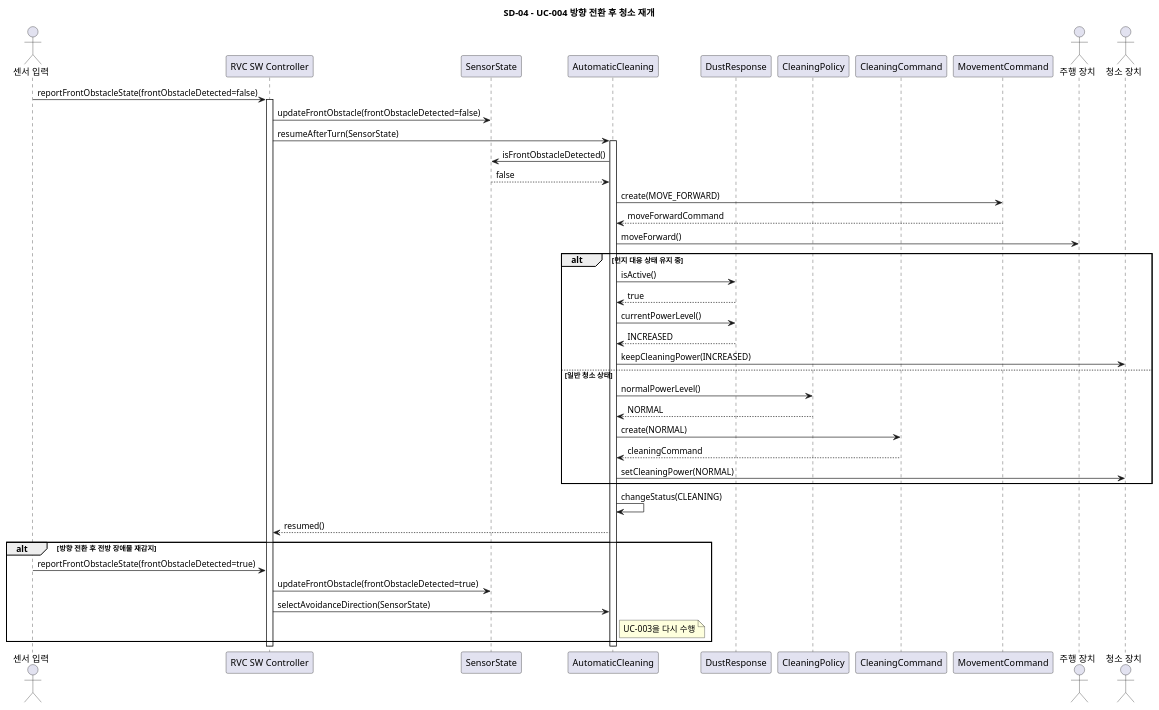
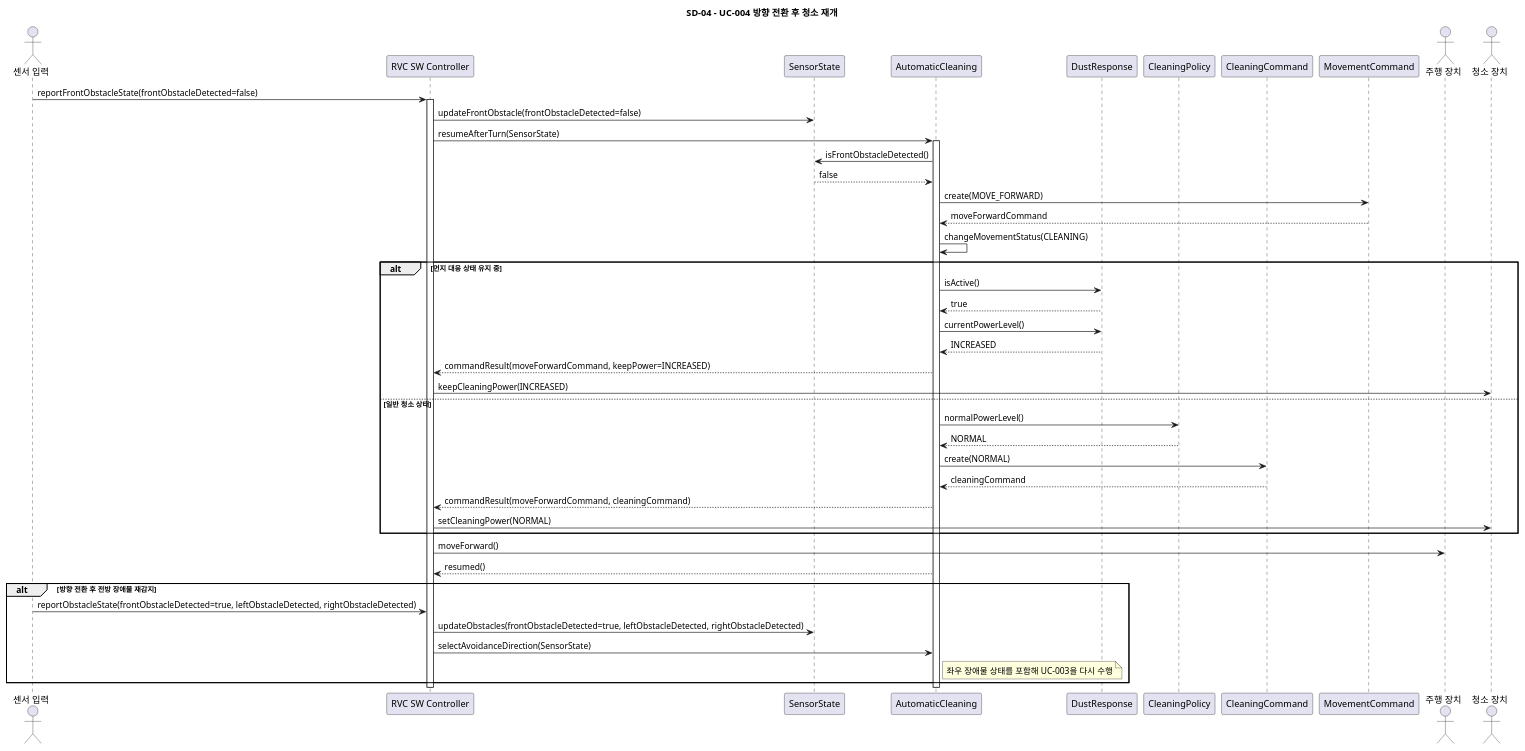
The diagram in docs/sd/SD-04.puml (OOAD-Team3/Robot-Vacuum-Cleaner-AI), drawn with PlantUML before and after one commit. The commit also changed 9 other files, not shown here.

```diff
--- a/docs/sd/SD-04.puml
+++ b/docs/sd/SD-04.puml
@@ -6,52 +6,54 @@
 @startuml SD_04_UC004_Resume_After_Turn
 title SD-04 - UC-004 방향 전환 후 청소 재개
 
 actor "센서 입력" as Sensor
 participant "RVC SW Controller" as Controller
 participant "SensorState" as SensorState
 participant "AutomaticCleaning" as Cleaning
 participant "DustResponse" as DustResponse
 participant "CleaningPolicy" as Policy
 participant "CleaningCommand" as CleaningCommand
 participant "MovementCommand" as MovementCommand
 actor "주행 장치" as Drive
 actor "청소 장치" as Cleaner
 
 Sensor -> Controller: reportFrontObstacleState(frontObstacleDetected=false)
 activate Controller
 Controller -> SensorState: updateFrontObstacle(frontObstacleDetected=false)
 Controller -> Cleaning: resumeAfterTurn(SensorState)
 activate Cleaning
 Cleaning -> SensorState: isFrontObstacleDetected()
 SensorState --> Cleaning: false
 Cleaning -> MovementCommand: create(MOVE_FORWARD)
 MovementCommand --> Cleaning: moveForwardCommand
-Cleaning -> Drive: moveForward()
+Cleaning -> Cleaning: changeMovementStatus(CLEANING)
 
 alt 먼지 대응 상태 유지 중
     Cleaning -> DustResponse: isActive()
     DustResponse --> Cleaning: true
     Cleaning -> DustResponse: currentPowerLevel()
     DustResponse --> Cleaning: INCREASED
-    Cleaning -> Cleaner: keepCleaningPower(INCREASED)
+    Cleaning --> Controller: commandResult(moveForwardCommand, keepPower=INCREASED)
+    Controller -> Cleaner: keepCleaningPower(INCREASED)
 else 일반 청소 상태
     Cleaning -> Policy: normalPowerLevel()
     Policy --> Cleaning: NORMAL
     Cleaning -> CleaningCommand: create(NORMAL)
     CleaningCommand --> Cleaning: cleaningCommand
-    Cleaning -> Cleaner: setCleaningPower(NORMAL)
+    Cleaning --> Controller: commandResult(moveForwardCommand, cleaningCommand)
+    Controller -> Cleaner: setCleaningPower(NORMAL)
 end
 
-Cleaning -> Cleaning: changeStatus(CLEANING)
+Controller -> Drive: moveForward()
 Cleaning --> Controller: resumed()
 
 alt 방향 전환 후 전방 장애물 재감지
-    Sensor -> Controller: reportFrontObstacleState(frontObstacleDetected=true)
-    Controller -> SensorState: updateFrontObstacle(frontObstacleDetected=true)
+    Sensor -> Controller: reportObstacleState(frontObstacleDetected=true, leftObstacleDetected, rightObstacleDetected)
+    Controller -> SensorState: updateObstacles(frontObstacleDetected=true, leftObstacleDetected, rightObstacleDetected)
     Controller -> Cleaning: selectAvoidanceDirection(SensorState)
-    note right of Cleaning: UC-003을 다시 수행
+    note right of Cleaning: 좌우 장애물 상태를 포함해 UC-003을 다시 수행
 end
 
 deactivate Cleaning
 deactivate Controller
 @enduml
```
